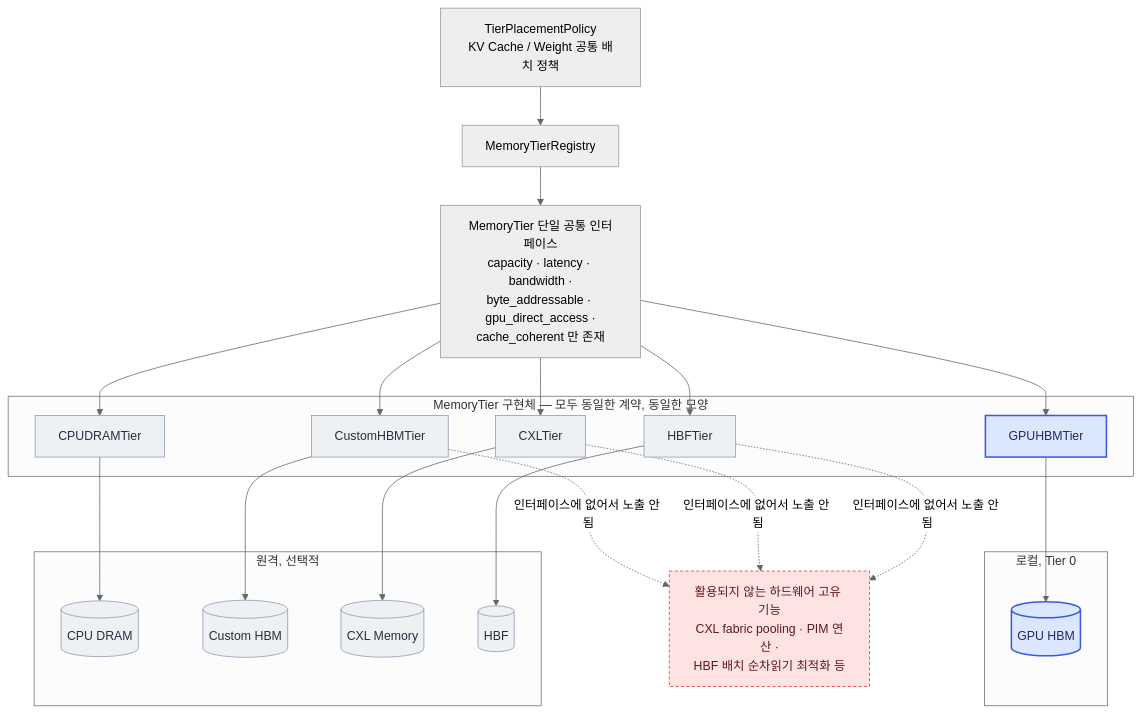
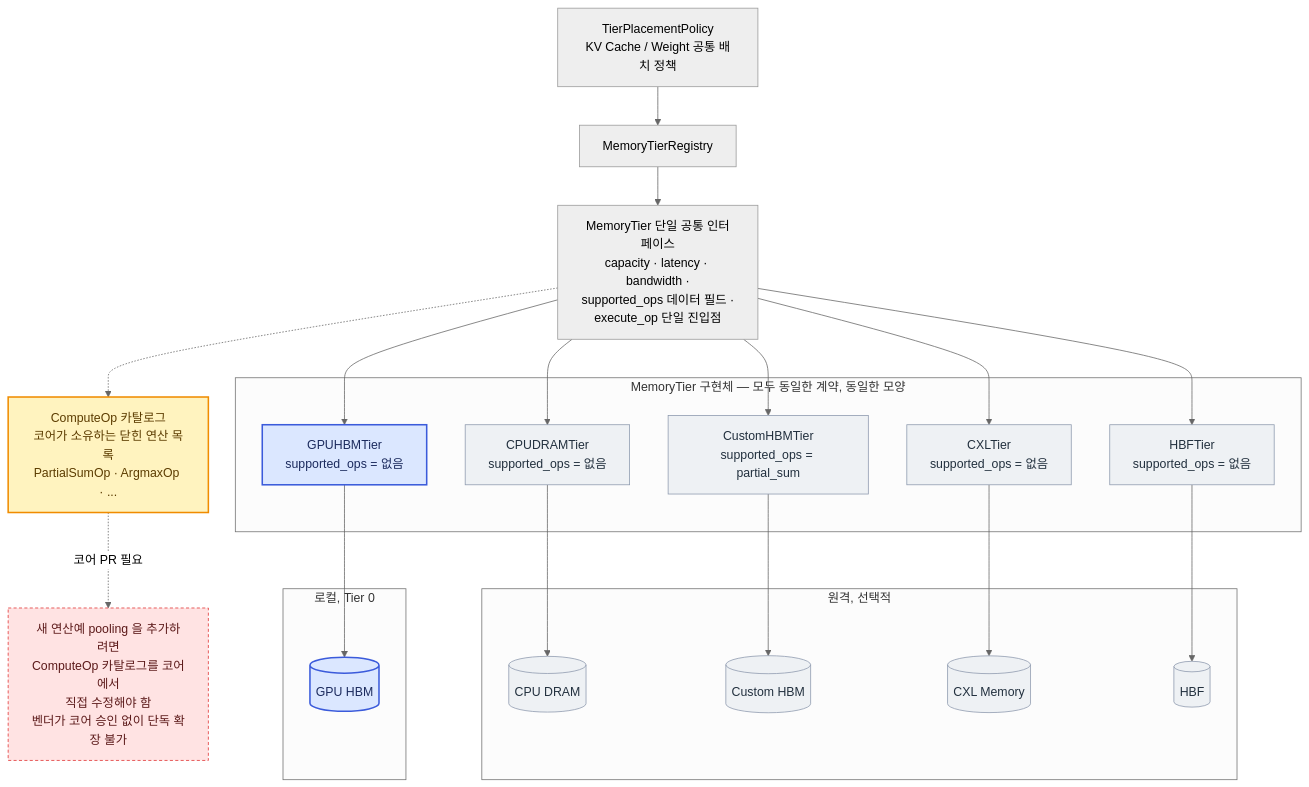
Before and after one commit to mkim0628/vllm: the first of 8 diagrams in doc-mk/vllm-memory-abstraction-level-candidates.md, drawn with Mermaid (neutral theme). The commit also changed other lines of this file, not shown here.

First line of the commit message:
docs: redefine DP-1 Candidate 1 to satisfy compute-capable-memory FR

````diff
--- a/doc-mk/vllm-memory-abstraction-level-candidates.md
+++ b/doc-mk/vllm-memory-abstraction-level-candidates.md
@@ -85,43 +96,45 @@
 ```mermaid
 graph TD
     TPP["TierPlacementPolicy<br/>KV Cache / Weight 공통 배치 정책"]
     REGISTRY["MemoryTierRegistry"]
-    IFACE["MemoryTier 단일 공통 인터페이스<br/>capacity · latency · bandwidth ·<br/>byte_addressable · gpu_direct_access ·<br/>cache_coherent 만 존재"]
+    IFACE["MemoryTier 단일 공통 인터페이스<br/>capacity · latency · bandwidth ·<br/>supported_ops 데이터 필드 ·<br/>execute_op 단일 진입점"]
+    CATALOG["ComputeOp 카탈로그<br/>코어가 소유하는 닫힌 연산 목록<br/>PartialSumOp · ArgmaxOp · ..."]
 
     subgraph PLUGINS["MemoryTier 구현체 — 모두 동일한 계약, 동일한 모양"]
-        GPUHBM["GPUHBMTier"]
-        DRAMT["CPUDRAMTier"]
-        CUSTOMT["CustomHBMTier"]
-        CXLT["CXLTier"]
-        HBFT["HBFTier"]
+        GPUHBM["GPUHBMTier<br/>supported_ops = 없음"]
+        DRAMT["CPUDRAMTier<br/>supported_ops = 없음"]
+        CUSTOMT["CustomHBMTier<br/>supported_ops = partial_sum"]
+        CXLT["CXLTier<br/>supported_ops = 없음"]
+        HBFT["HBFTier<br/>supported_ops = 없음"]
     end
 
     subgraph PHYS_LOCAL["로컬, Tier 0"]
         HBM_PHYS[("GPU HBM")]
     end
     subgraph PHYS_REMOTE["원격, 선택적"]
         DRAM_PHYS[("CPU DRAM")]
         CUSTOM_PHYS[("Custom HBM")]
         CXL_PHYS[("CXL Memory")]
         HBF_PHYS[("HBF")]
     end
 
-    UNUSED["활용되지 않는 하드웨어 고유 기능<br/>CXL fabric pooling · PIM 연산 ·<br/>HBF 배치 순차읽기 최적화 등"]
+    NEWOP["새 연산예 pooling 을 추가하려면<br/>ComputeOp 카탈로그를 코어에서<br/>직접 수정해야 함<br/>벤더가 코어 승인 없이 단독 확장 불가"]
 
     TPP --> REGISTRY --> IFACE
+    IFACE -.-> CATALOG
     IFACE --> GPUHBM --> HBM_PHYS
     IFACE --> DRAMT --> DRAM_PHYS
     IFACE --> CUSTOMT --> CUSTOM_PHYS
     IFACE --> CXLT --> CXL_PHYS
     IFACE --> HBFT --> HBF_PHYS
-    CUSTOMT -. "인터페이스에 없어서 노출 안 됨" .-> UNUSED
-    CXLT -. "인터페이스에 없어서 노출 안 됨" .-> UNUSED
-    HBFT -. "인터페이스에 없어서 노출 안 됨" .-> UNUSED
+    CATALOG -. "코어 PR 필요" .-> NEWOP
 
     classDef localMem fill:#dbe7ff,stroke:#3b5bdb,color:#1c2b5e,stroke-width:2px;
     classDef remoteMem fill:#eef1f4,stroke:#8d99ae,color:#22303e,stroke-width:1px;
-    classDef unusedBox fill:#ffe3e3,stroke:#e03131,color:#5c1a1a,stroke-width:1px,stroke-dasharray: 4 3;
+    classDef catalogBox fill:#fff3bf,stroke:#f08c00,color:#5c3c00,stroke-width:2px;
+    classDef warnBox fill:#ffe3e3,stroke:#e03131,color:#5c1a1a,stroke-width:1px,stroke-dasharray: 4 3;
     class HBM_PHYS,GPUHBM localMem
     class DRAM_PHYS,CUSTOM_PHYS,CXL_PHYS,HBF_PHYS,DRAMT,CUSTOMT,CXLT,HBFT remoteMem
-    class UNUSED unusedBox
+    class CATALOG catalogBox
+    class NEWOP warnBox
 ```
````
